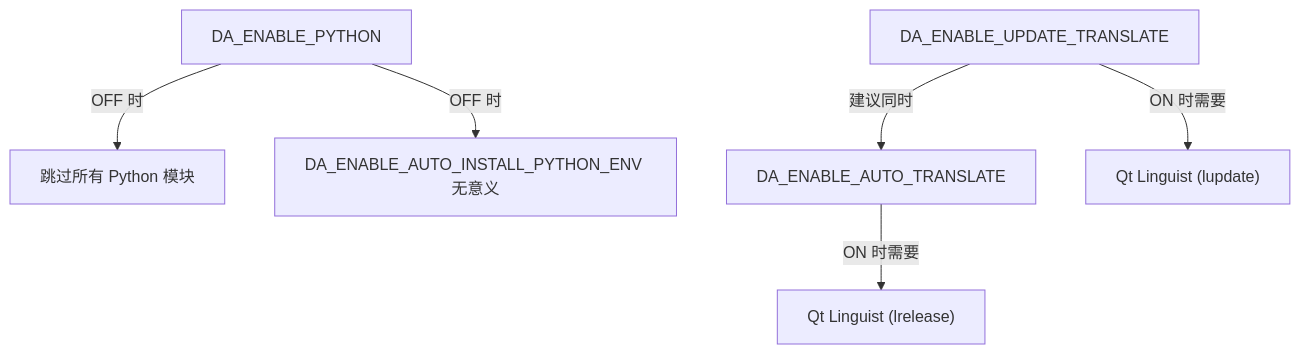
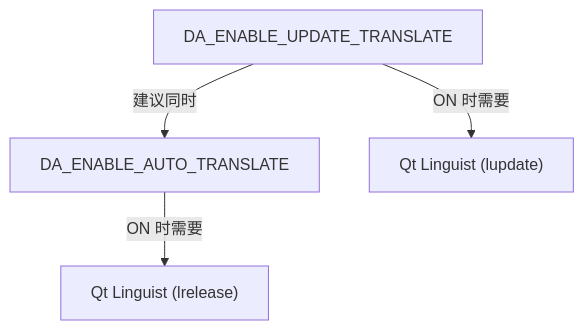
Before and after one commit to czyt1988/data-workbench: the diagram in docs/zh/build/build-options.md, drawn with Mermaid. The commit also changed other lines of this file and 66 other files, not shown here.

First line of the commit message:
refactor: 移除 DA_ENABLE_PYTHON 宏，Python 改为强制依赖

````diff
--- a/docs/zh/build/build-options.md
+++ b/docs/zh/build/build-options.md
@@ -146,8 +126,6 @@
 ```mermaid
 flowchart TD
-    A["DA_ENABLE_PYTHON"] -->|OFF 时| B["跳过所有 Python 模块"]
-    A -->|OFF 时| C["DA_ENABLE_AUTO_INSTALL_PYTHON_ENV 无意义"]
     D["DA_ENABLE_AUTO_TRANSLATE"] -->|ON 时需要| E["Qt Linguist (lrelease)"]
     F["DA_ENABLE_UPDATE_TRANSLATE"] -->|ON 时需要| G["Qt Linguist (lupdate)"]
     F -->|建议同时| D
 ```
````
